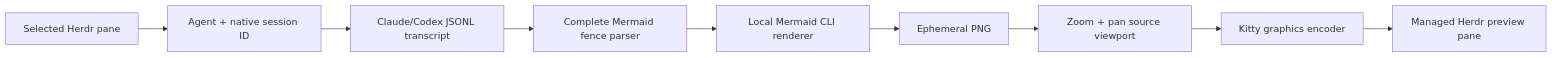
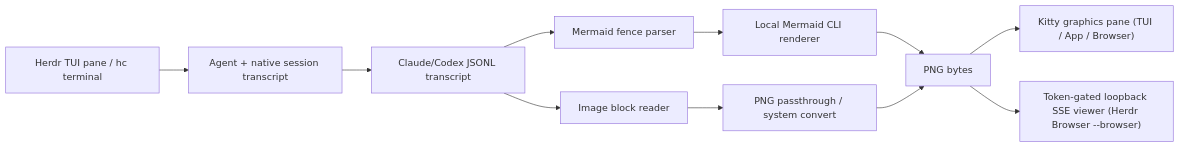
The diagram in README.md (Volpestyle/herdr-plugin-mermaid-preview), drawn with Mermaid before and after one commit. The commit also changed other lines of this file and 27 other files, not shown here.

Commit message:
Add transcript image previews and Herdr App/Browser support

````diff
--- a/README.md
+++ b/README.md
@@ -81,11 +158,13 @@
 ```mermaid
 flowchart LR
-  Herdr["Selected Herdr pane"] --> Identity["Agent + native session ID"]
+  Host["Herdr TUI pane / hc terminal"] --> Identity["Agent + native session transcript"]
   Identity --> Transcript["Claude/Codex JSONL transcript"]
-  Transcript --> Fence["Complete Mermaid fence parser"]
+  Transcript --> Fence["Mermaid fence parser"]
+  Transcript --> Blocks["Image block reader"]
   Fence --> Renderer["Local Mermaid CLI renderer"]
-  Renderer --> PNG["Ephemeral PNG"]
-  PNG --> Viewport["Zoom + pan source viewport"]
-  Viewport --> Kitty["Kitty graphics encoder"]
-  Kitty --> Preview["Managed Herdr preview pane"]
+  Blocks --> Convert["PNG passthrough / system convert"]
+  Renderer --> PNG["PNG bytes"]
+  Convert --> PNG
+  PNG --> Kitty["Kitty graphics pane (TUI / App / Browser)"]
+  PNG --> Loopback["Token-gated loopback SSE viewer (Herdr Browser --browser)"]
 ```
````
